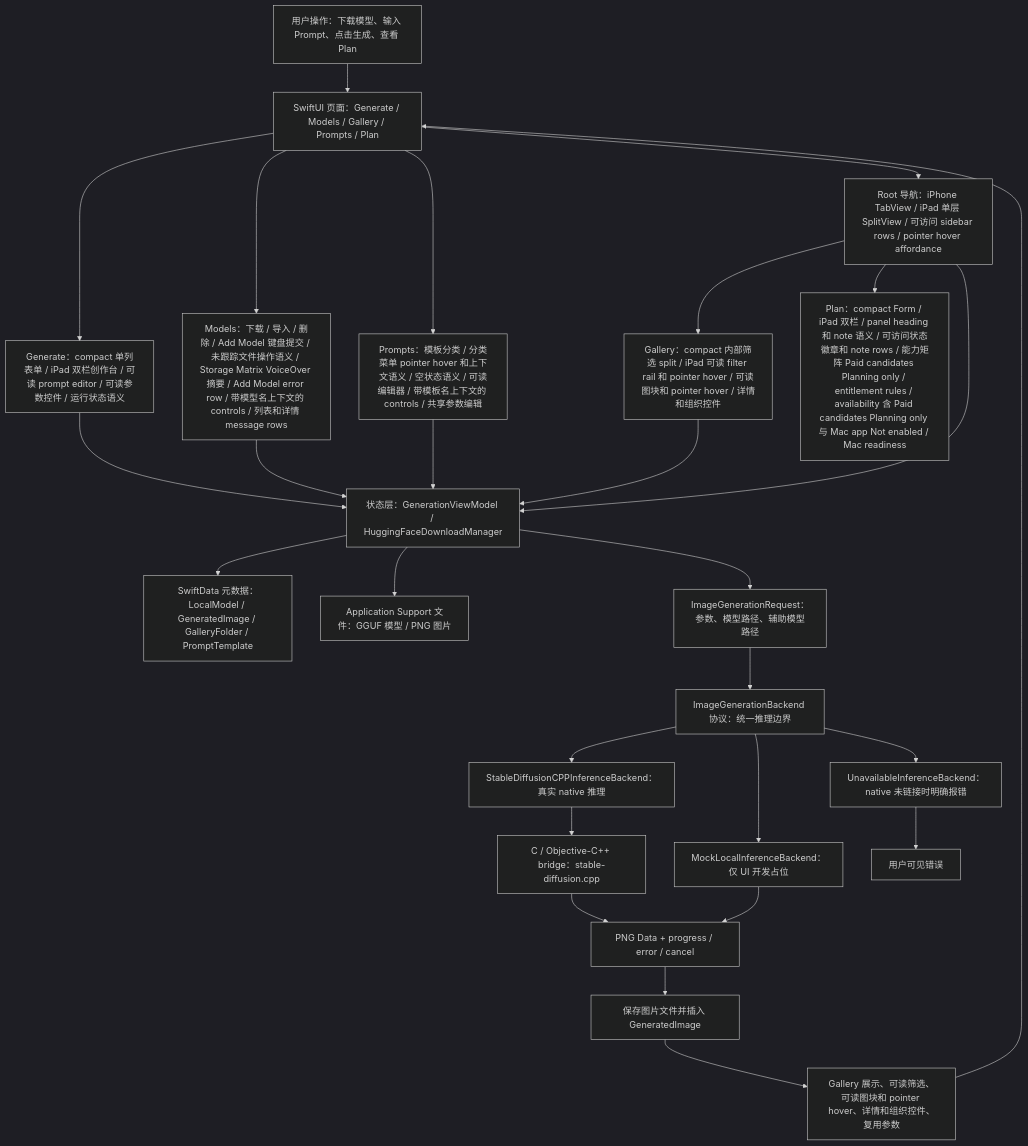
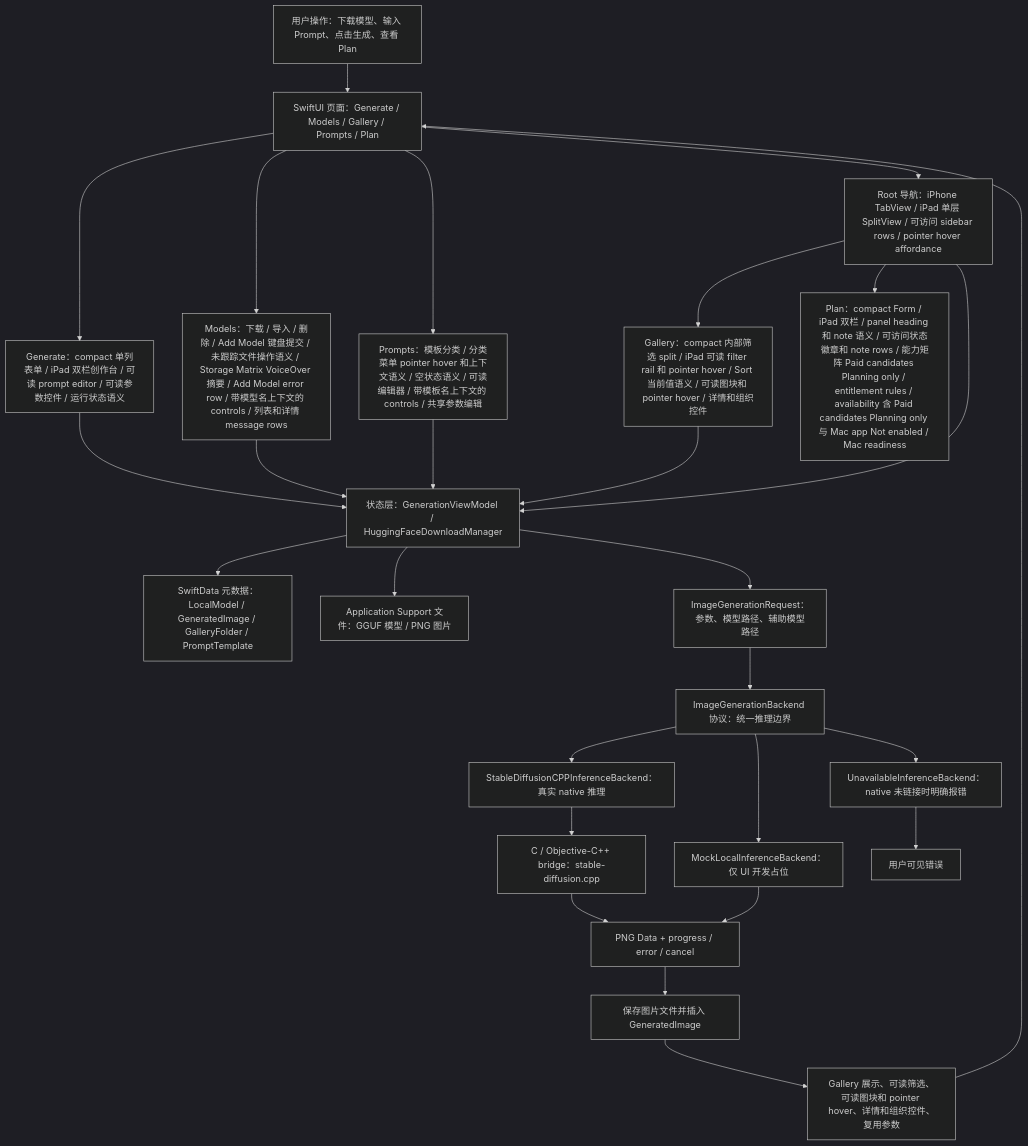
Before and after one commit to Altman-sam114/118: the first of 7 diagrams in md/flow/flowchart.md, drawn with Mermaid (dark theme). The commit also changed 5 other files, not shown here.

First line of the commit message:
v1.41: Gallery sort current value

````diff
--- a/md/flow/flowchart.md
+++ b/md/flow/flowchart.md
@@ -9,29 +9,29 @@
 ```mermaid
 flowchart TD
   U["用户操作：下载模型、输入 Prompt、点击生成、查看 Plan"] --> UI["SwiftUI 页面：Generate / Models / Gallery / Prompts / Plan"]
   UI --> GENUI["Generate：compact 单列表单 / iPad 双栏创作台 / 可读 prompt editor / 可读参数控件 / 运行状态语义"]
   UI --> MODELUI["Models：下载 / 导入 / 删除 / Add Model 键盘提交 / 未跟踪文件操作语义 / Storage Matrix VoiceOver 摘要 / Add Model error row / 带模型名上下文的 controls / 列表和详情 message rows"]
   UI --> PROMPTUI["Prompts：模板分类 / 分类菜单 pointer hover 和上下文语义 / 空状态语义 / 可读编辑器 / 带模板名上下文的 controls / 共享参数编辑"]
   UI --> NAV["Root 导航：iPhone TabView / iPad 单层 SplitView / 可访问 sidebar rows / pointer hover affordance"]
-  NAV --> GALUI["Gallery：compact 内部筛选 split / iPad 可读 filter rail 和 pointer hover / 可读图块和 pointer hover / 详情和组织控件"]
+  NAV --> GALUI["Gallery：compact 内部筛选 split / iPad 可读 filter rail 和 pointer hover / Sort 当前值语义 / 可读图块和 pointer hover / 详情和组织控件"]
   NAV --> PLANUI["Plan：compact Form / iPad 双栏 / panel heading 和 note 语义 / 可访问状态徽章和 note rows / 能力矩阵 Paid candidates Planning only / entitlement rules / availability 含 Paid candidates Planning only 与 Mac app Not enabled / Mac readiness"]
   NAV --> VM["状态层：GenerationViewModel / HuggingFaceDownloadManager"]
   GENUI --> VM
   MODELUI --> VM
   PROMPTUI --> VM
   GALUI --> VM
   VM --> SD["SwiftData 元数据：LocalModel / GeneratedImage / GalleryFolder / PromptTemplate"]
   VM --> FS["Application Support 文件：GGUF 模型 / PNG 图片"]
   VM --> REQ["ImageGenerationRequest：参数、模型路径、辅助模型路径"]
   REQ --> IFACE["ImageGenerationBackend 协议：统一推理边界"]
   IFACE --> NATIVE["StableDiffusionCPPInferenceBackend：真实 native 推理"]
   IFACE --> MOCK["MockLocalInferenceBackend：仅 UI 开发占位"]
   IFACE --> OFF["UnavailableInferenceBackend：native 未链接时明确报错"]
   NATIVE --> BRIDGE["C / Objective-C++ bridge：stable-diffusion.cpp"]
   BRIDGE --> PNG["PNG Data + progress / error / cancel"]
   MOCK --> PNG
   OFF --> ERR["用户可见错误"]
   PNG --> SAVE["保存图片文件并插入 GeneratedImage"]
   SAVE --> GALLERY["Gallery 展示、可读筛选、可读图块和 pointer hover、详情和组织控件、复用参数"]
   GALLERY --> UI
 ```
````
